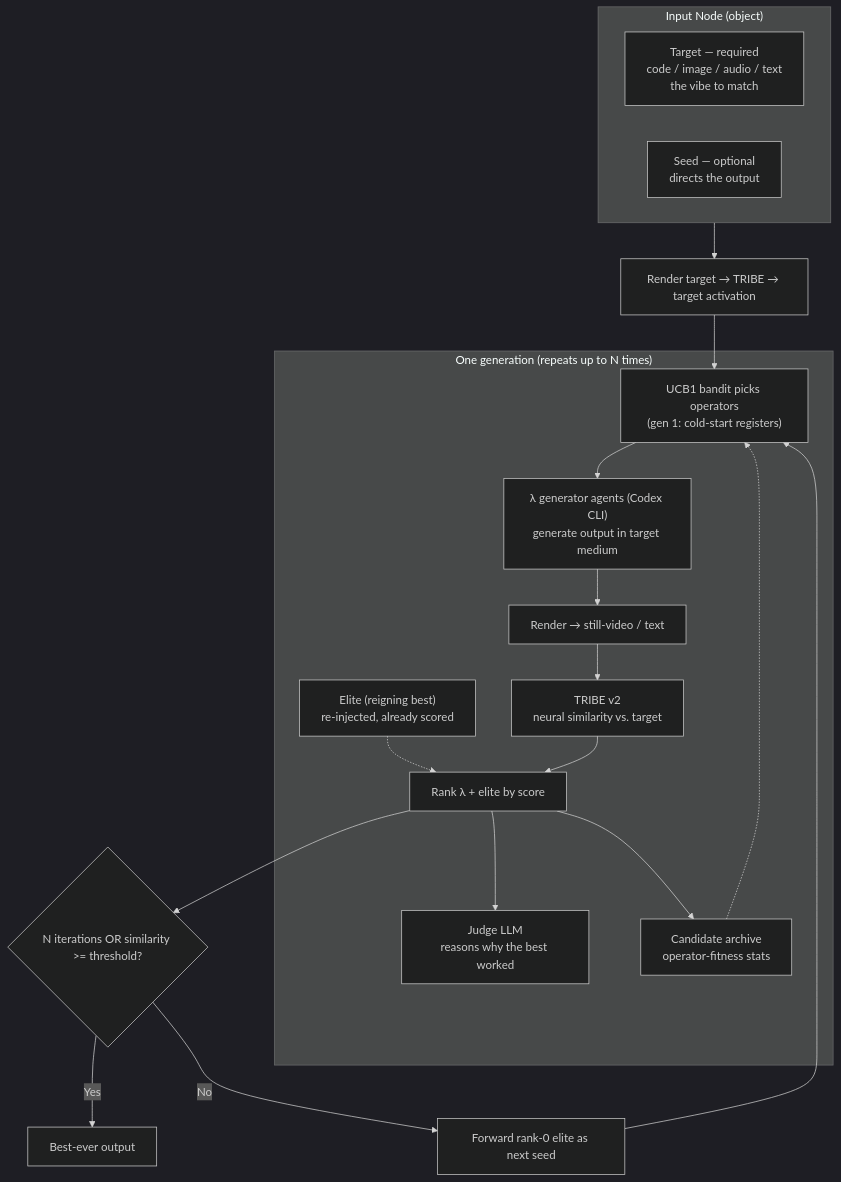
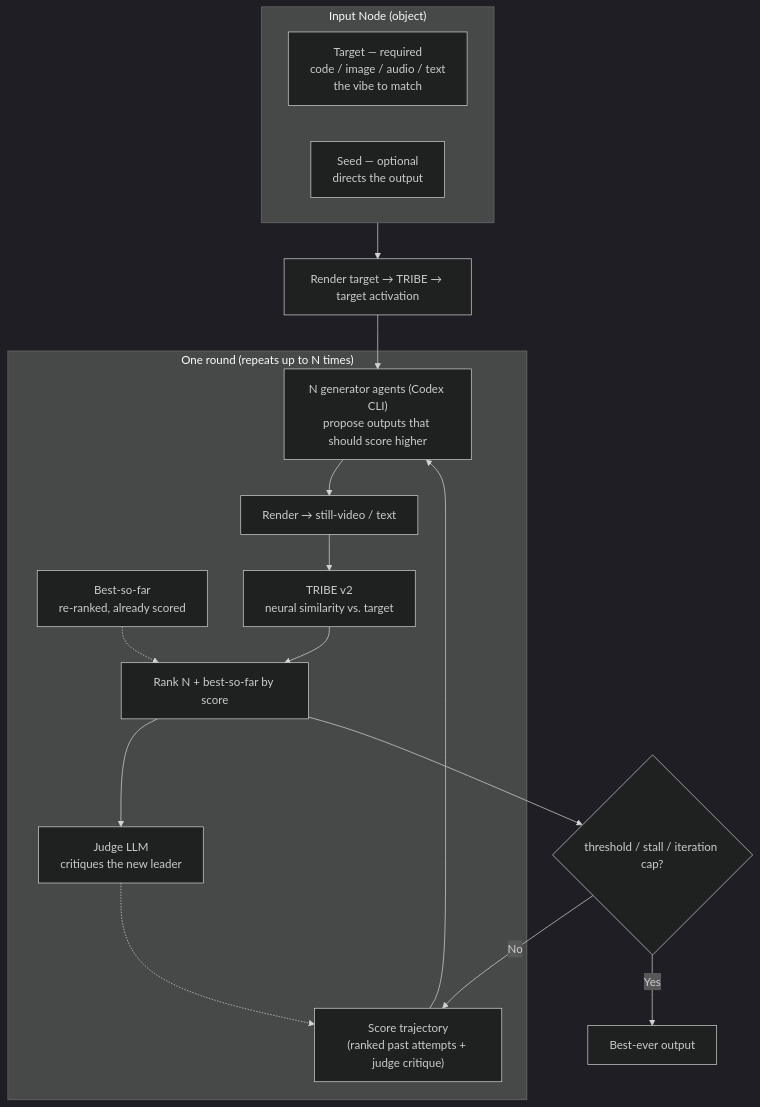
The diagram in docs/ARCHITECTURE.md (EvanZhouDev/felt-1), drawn with Mermaid (dark theme) before and after one commit. The commit also changed other lines of this file and 4 other files, not shown here.

First line of the commit message:
:memo: docs: sync architecture, README, and guide to Ranked-Reflect

````diff
--- a/docs/ARCHITECTURE.md
+++ b/docs/ARCHITECTURE.md
@@ -79,24 +75,22 @@
 ```mermaid
 flowchart TD
     subgraph InputNode["Input Node (object)"]
         Target["Target — required<br>code / image / audio / text<br>the vibe to match"]
         Seed["Seed — optional<br>directs the output"]
     end
     InputNode --> Target0["Render target → TRIBE → target activation"]
-    Target0 --> Bandit
-    subgraph Iteration["One generation (repeats up to N times)"]
-        Bandit["UCB1 bandit picks operators<br>(gen 1: cold-start registers)"]
-        Bandit --> Agents["λ generator agents (Codex CLI)<br>generate output in target medium"]
-        Elite["Elite (reigning best)<br>re-injected, already scored"] -.-> Rank
+    Target0 --> Agents
+    subgraph Iteration["One round (repeats up to N times)"]
+        Traj["Score trajectory<br>(ranked past attempts + judge critique)"] --> Agents
+        Agents["N generator agents (Codex CLI)<br>propose outputs that should score higher"]
+        Best["Best-so-far<br>re-ranked, already scored"] -.-> Rank
         Agents --> Render["Render → still-video / text"]
         Render --> Tribe["TRIBE v2<br>neural similarity vs. target"]
-        Tribe --> Rank["Rank λ + elite by score"]
-        Rank --> Judge["Judge LLM<br>reasons why the best worked"]
-        Rank --> Archive["Candidate archive<br>operator-fitness stats"]
-        Archive -.-> Bandit
+        Tribe --> Rank["Rank N + best-so-far by score"]
+        Rank --> Judge["Judge LLM<br>critiques the new leader"]
+        Judge -.-> Traj
     end
-    Rank --> Terminate{"N iterations OR similarity >= threshold?"}
+    Rank --> Terminate{"threshold / stall / iteration cap?"}
     Terminate -->|Yes| Final["Best-ever output"]
-    Terminate -->|No| Forward["Forward rank-0 elite as next seed"]
-    Forward --> Bandit
+    Terminate -->|No| Traj
 ```
````
